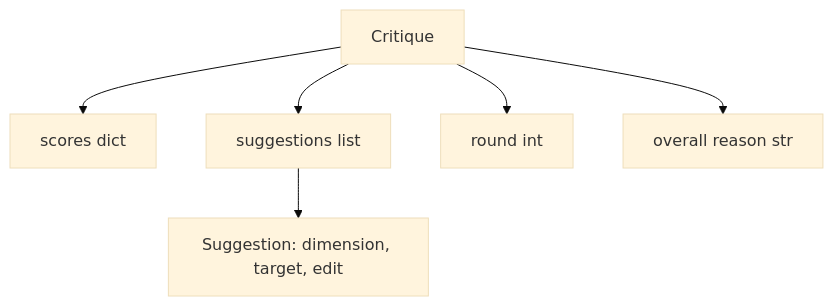
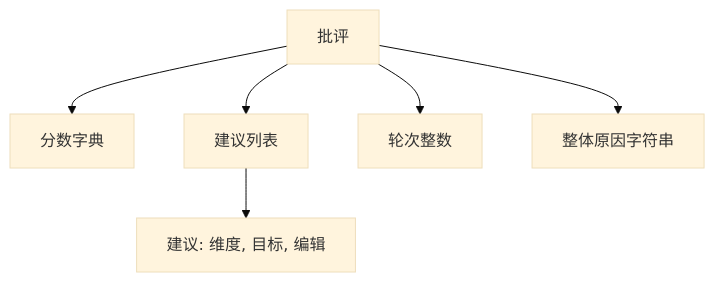
Before and after one commit to guangningsun/ailearning: the second of 4 diagrams in lessons/19-capstone-projects/55-critic-loop/docs/zh.md, drawn with Mermaid (base theme). The commit also changed other lines of this file and 85 other files, not shown here.

````diff
--- a/lessons/19-capstone-projects/55-critic-loop/docs/zh.md
+++ b/lessons/19-capstone-projects/55-critic-loop/docs/zh.md
@@ -40,8 +40,8 @@
 ```mermaid
 flowchart TB
-    Critique[Critique] --> Scores[scores dict]
-    Critique --> Sugg[suggestions list]
-    Sugg --> S1[Suggestion: dimension, target, edit]
-    Critique --> Round[round int]
-    Critique --> Reason[overall reason str]
+    Critique[批评] --> Scores[分数字典]
+    Critique --> Sugg[建议列表]
+    Sugg --> S1[建议: 维度, 目标, 编辑]
+    Critique --> Round[轮次整数]
+    Critique --> Reason[整体原因字符串]
 ```
````
